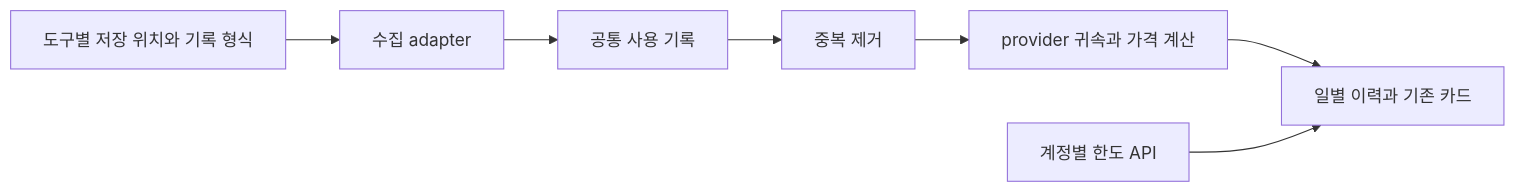
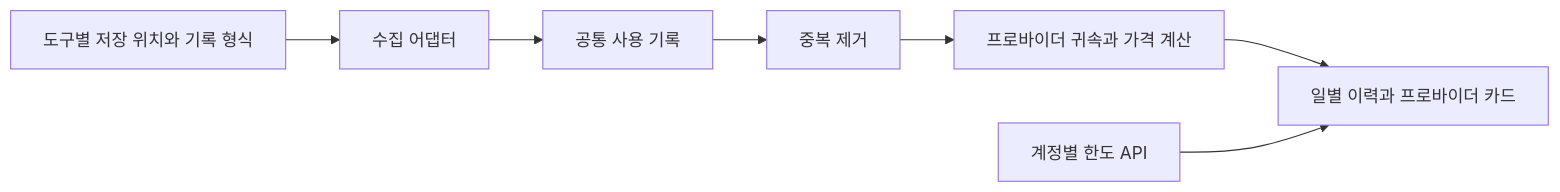
One commit to kimchanhyung98/egasu changed the diagram in docs/usage-collection.md. Above: the diagram before and after it, drawn with Mermaid. The commit also changed other lines of this file and 102 other files, not shown here.

````diff
--- a/docs/usage-collection.md
+++ b/docs/usage-collection.md
@@ -39,9 +38,9 @@
 ```mermaid
 flowchart LR
-    A[도구별 저장 위치와 기록 형식] --> B[수집 adapter]
+    A[도구별 저장 위치와 기록 형식] --> B[수집 어댑터]
     B --> C[공통 사용 기록]
     C --> D[중복 제거]
-    D --> E[provider 귀속과 가격 계산]
-    E --> F[일별 이력과 기존 카드]
+    D --> E[프로바이더 귀속과 가격 계산]
+    E --> F[일별 이력과 프로바이더 카드]
     G[계정별 한도 API] --> F
 ```
````
